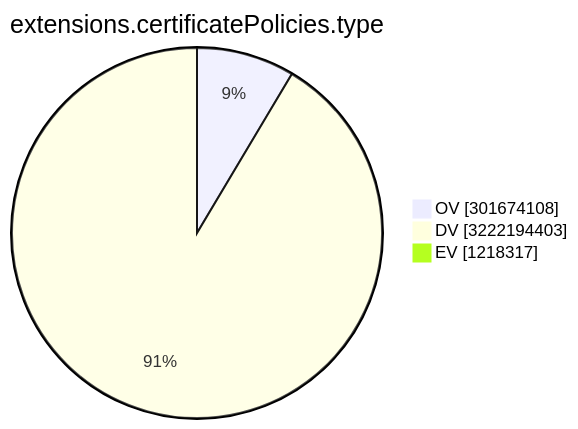
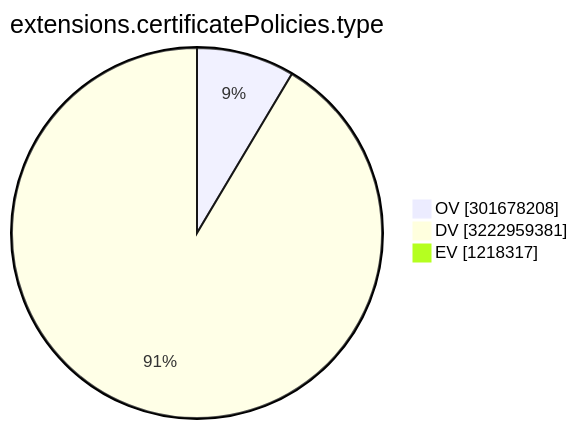
One commit to christiankrug/ctmonitor_visualization changed the ninth of 15 diagrams in TOTAL/README.md. Above: the diagram before and after it, drawn with Mermaid. The commit also changed other lines of this file, not shown here.

````diff
--- a/TOTAL/README.md
+++ b/TOTAL/README.md
@@ -3107,7 +3107,7 @@
 ```mermaid
 pie showData
 title extensions.certificatePolicies.type
-"OV" :301674108
-"DV" :3222194403
+"OV" :301678208
+"DV" :3222959381
 "EV" :1218317
 ```
````
